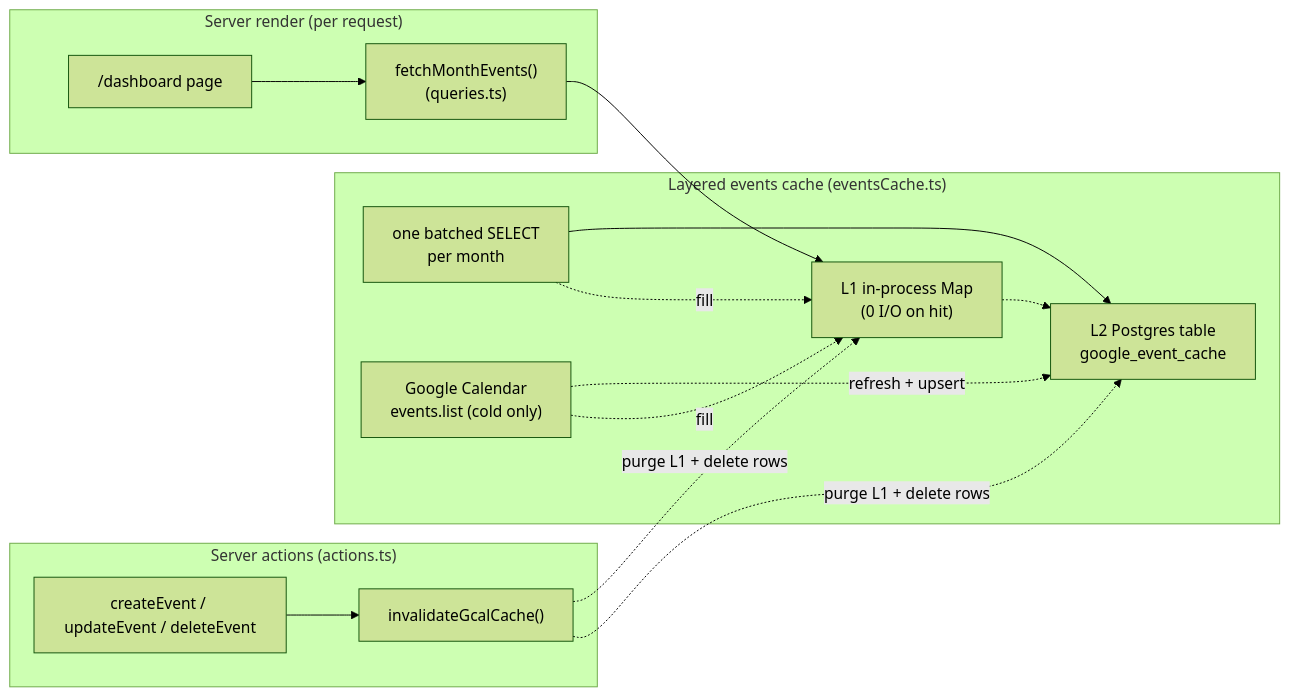
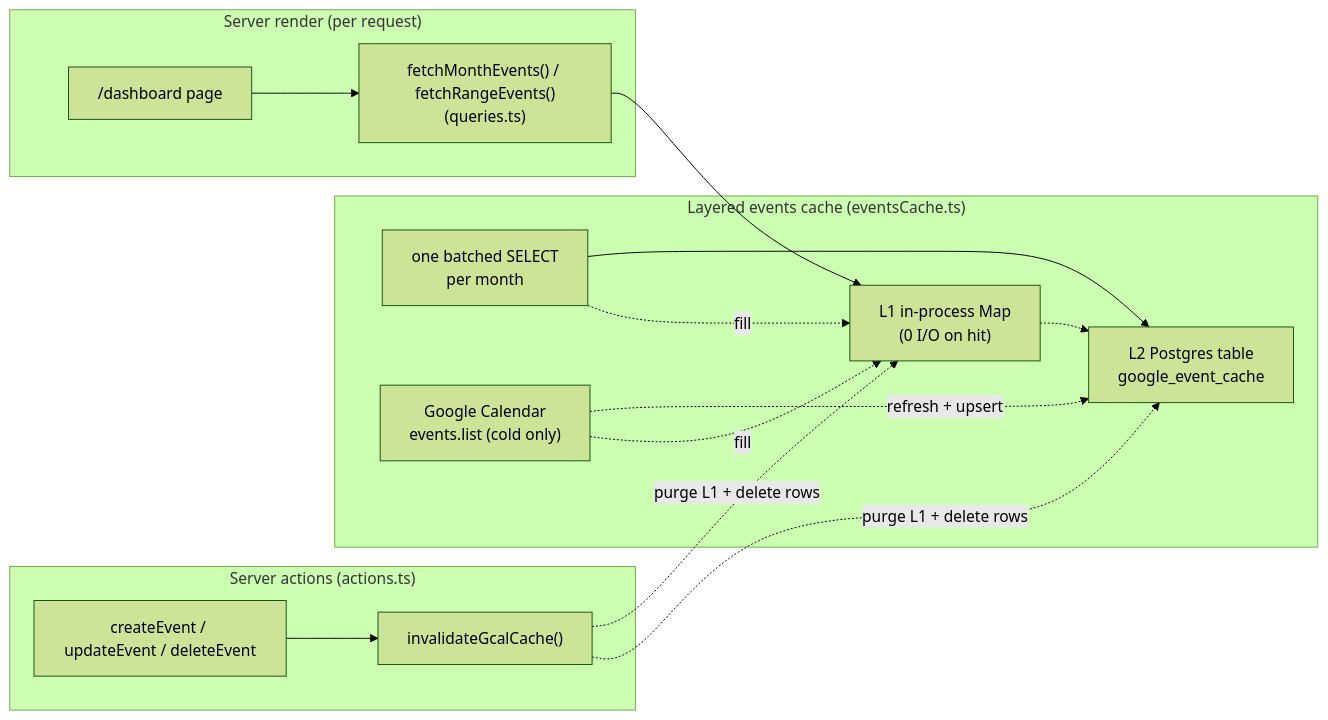
Before and after one commit to oncloudnintynineone-source/cloudy2: the first of 7 diagrams in docs/events-cache.md, drawn with Mermaid (forest theme). The commit also changed other lines of this file and 8 other files, not shown here.

````diff
--- a/docs/events-cache.md
+++ b/docs/events-cache.md
@@ -63,26 +63,26 @@
 ```mermaid
 flowchart LR
     subgraph RSC["Server render (per request)"]
         D["/dashboard page"]
-        FM["fetchMonthEvents()<br/>(queries.ts)"]
+        FM["fetchMonthEvents() / fetchRangeEvents()<br/>(queries.ts)"]
     end
     subgraph CACHE["Layered events cache (eventsCache.ts)"]
         L1["L1 in-process Map<br/>(0 I/O on hit)"]
         L2["L2 Postgres table<br/>google_event_cache"]
         L2q["one batched SELECT<br/>per month"]
         G["Google Calendar<br/>events.list (cold only)"]
         L1 -.-> L2
         L2q --> L2
         L2q -. "fill" .-> L1
         G -. "refresh + upsert" .-> L2
         G -. "fill" .-> L1
     end
     subgraph MUT["Server actions (actions.ts)"]
         CRUD["createEvent / updateEvent / deleteEvent"]
         INV["invalidateGcalCache()"]
         CRUD --> INV
         INV -. "purge L1 + delete rows" .-> L1
         INV -. "purge L1 + delete rows" .-> L2
     end
     D --> FM --> L1
 ```
````
